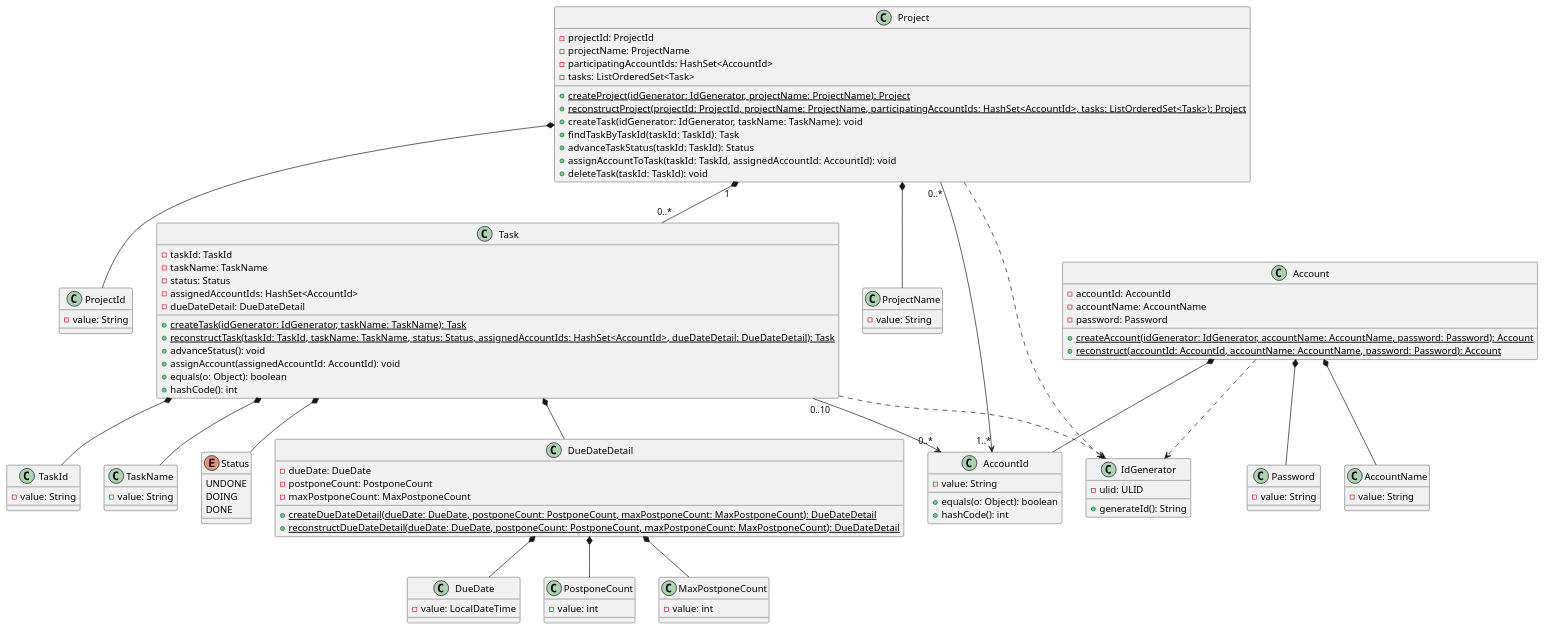
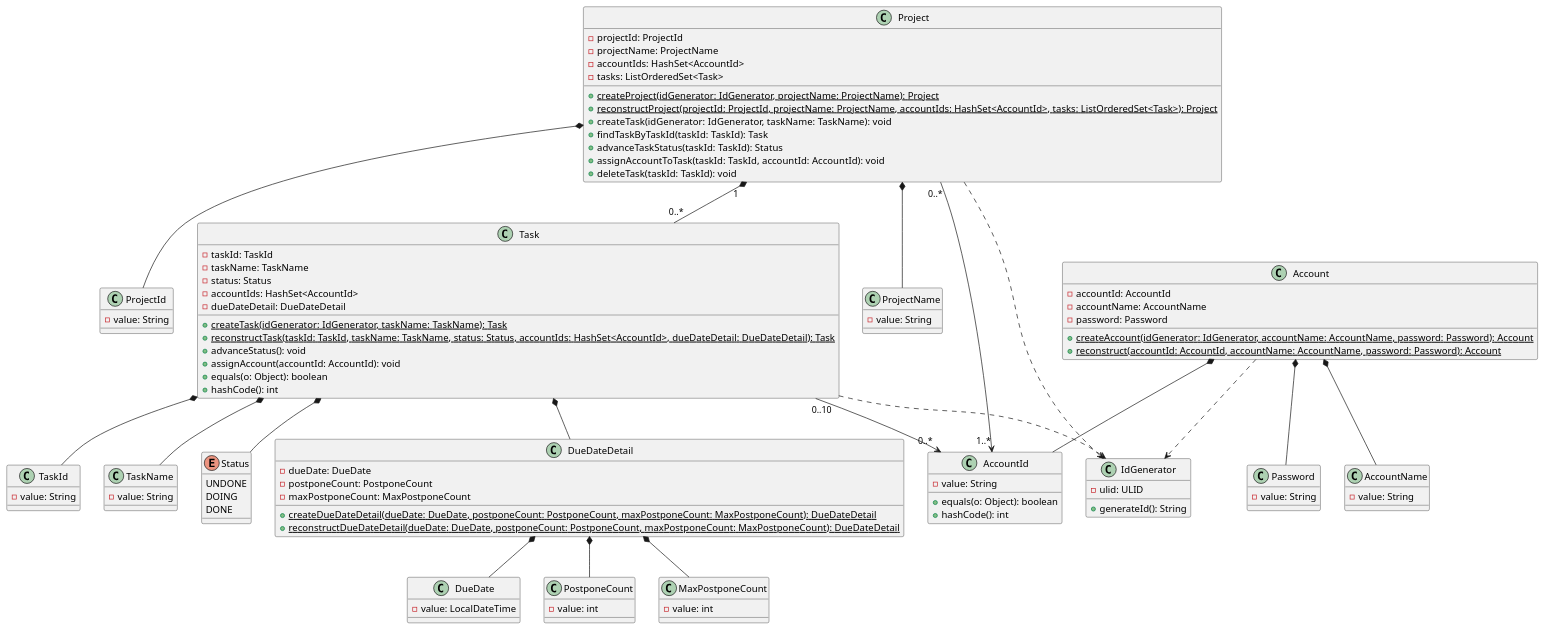
The diagram in uml/class.puml (ORIKAMIxNEP/playground), drawn with PlantUML before and after one commit.

```diff
--- a/uml/class.puml
+++ b/uml/class.puml
@@ -1,120 +1,120 @@
 @startuml
 class Account {
   - accountId: AccountId
   - accountName: AccountName
   - password: Password
     {static} + createAccount(idGenerator: IdGenerator, accountName: AccountName, password: Password): Account
     {static} + reconstruct(accountId: AccountId, accountName: AccountName, password: Password): Account
 }
 
 class AccountId {
   - value: String
   + equals(o: Object): boolean
   + hashCode(): int
 }
 
 class AccountName {
   - value: String
 }
 
 class Password {
   - value: String
 }
 
 Account *-- AccountId
 Account *-- AccountName
 Account *-- Password
 Account ..> IdGenerator
 
 class Project {
   - projectId: ProjectId
   - projectName: ProjectName
-  - participatingAccountIds: HashSet<AccountId>
+  - accountIds: HashSet<AccountId>
   - tasks: ListOrderedSet<Task>
   {static} + createProject(idGenerator: IdGenerator, projectName: ProjectName): Project
-  {static} + reconstructProject(projectId: ProjectId, projectName: ProjectName, participatingAccountIds: HashSet<AccountId>, tasks: ListOrderedSet<Task>): Project
+  {static} + reconstructProject(projectId: ProjectId, projectName: ProjectName, accountIds: HashSet<AccountId>, tasks: ListOrderedSet<Task>): Project
   + createTask(idGenerator: IdGenerator, taskName: TaskName): void
   + findTaskByTaskId(taskId: TaskId): Task
   + advanceTaskStatus(taskId: TaskId): Status
-  + assignAccountToTask(taskId: TaskId, assignedAccountId: AccountId): void
+  + assignAccountToTask(taskId: TaskId, accountId: AccountId): void
   + deleteTask(taskId: TaskId): void
 }
 
 class ProjectId {
   - value: String
 }
 
 class ProjectName {
   - value: String
 }
 
 Project *-- ProjectId
 Project *-- ProjectName
 Project "0..*" --> "1..*" AccountId
 Project "1" *-- "0..*" Task
 Project ..> IdGenerator
 
 class Task {
   - taskId: TaskId
   - taskName: TaskName
   - status: Status
-  - assignedAccountIds: HashSet<AccountId>
+  - accountIds: HashSet<AccountId>
   - dueDateDetail: DueDateDetail
   {static} + createTask(idGenerator: IdGenerator, taskName: TaskName): Task
-  {static} + reconstructTask(taskId: TaskId, taskName: TaskName, status: Status, assignedAccountIds: HashSet<AccountId>, dueDateDetail: DueDateDetail): Task
+  {static} + reconstructTask(taskId: TaskId, taskName: TaskName, status: Status, accountIds: HashSet<AccountId>, dueDateDetail: DueDateDetail): Task
   + advanceStatus(): void
-  + assignAccount(assignedAccountId: AccountId): void
+  + assignAccount(accountId: AccountId): void
   + equals(o: Object): boolean
   + hashCode(): int
 }
 
 class TaskId {
   - value: String
 }
 
 class TaskName {
   - value: String
 }
 
 enum Status {
   UNDONE
   DOING
   DONE
 }
 
 Task *-- TaskId
 Task *-- TaskName
 Task *-- Status
 Task "0..10" --> "0..*" AccountId
 Task *-- DueDateDetail
 Task ..> IdGenerator
 
 class DueDateDetail {
   - dueDate: DueDate
   - postponeCount: PostponeCount
   - maxPostponeCount: MaxPostponeCount
     {static} + createDueDateDetail(dueDate: DueDate, postponeCount: PostponeCount, maxPostponeCount: MaxPostponeCount): DueDateDetail
     {static} + reconstructDueDateDetail(dueDate: DueDate, postponeCount: PostponeCount, maxPostponeCount: MaxPostponeCount): DueDateDetail
 }
 
 class DueDate {
   - value: LocalDateTime
 }
 
 class PostponeCount {
   - value: int
 }
 
 class MaxPostponeCount {
   - value: int
 }
 
 DueDateDetail *-- DueDate
 DueDateDetail *-- PostponeCount
 DueDateDetail *-- MaxPostponeCount
 
 class IdGenerator {
   - ulid: ULID
   + generateId(): String
 }
 @enduml
```
